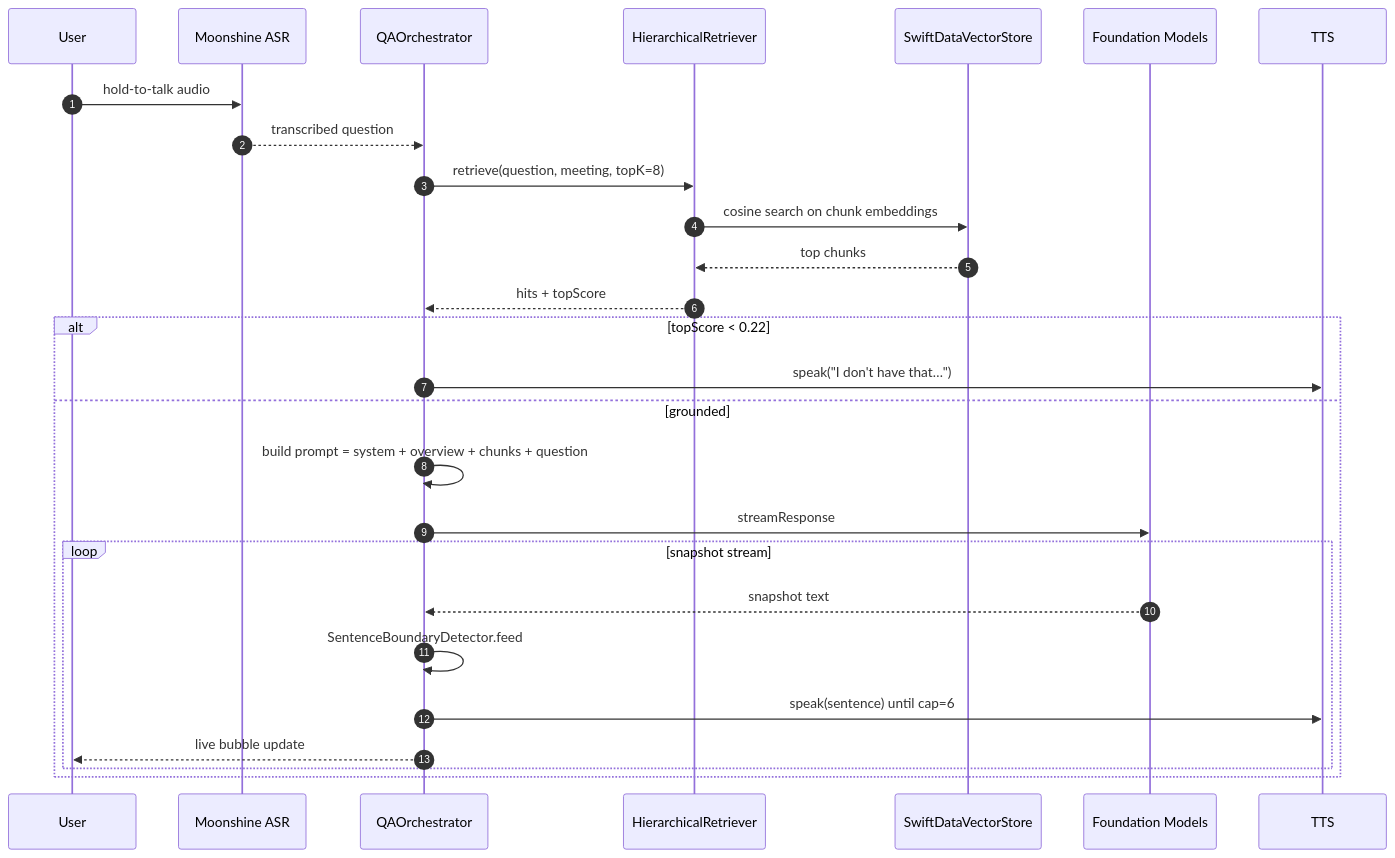
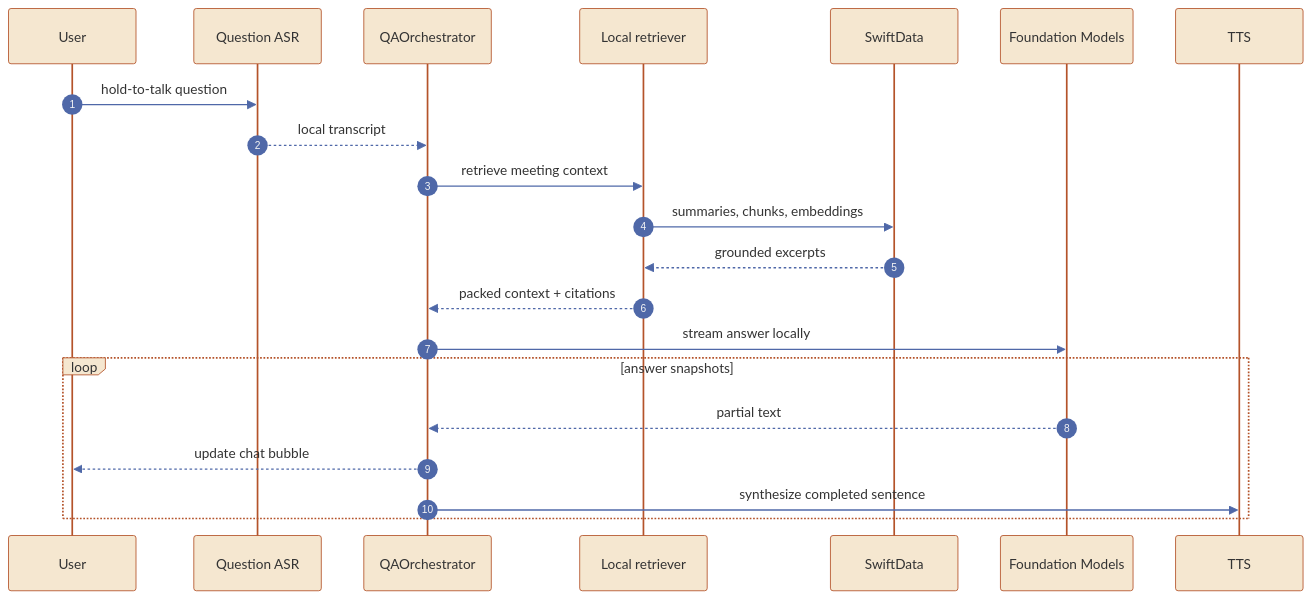
Before and after one commit to theaayushstha1/aftertalk: the second of 4 diagrams in README.md, drawn with Mermaid. The commit also changed other lines of this file and 10 other files, not shown here.

````diff
--- a/README.md
+++ b/README.md
@@ -50,30 +74,25 @@
 ```mermaid
+%%{init: {'theme': 'base', 'themeVariables': {'actorBkg': '#F5E7D0', 'actorBorder': '#B4532A', 'signalColor': '#4F68A8', 'activationBkgColor': '#E7F1EA', 'noteBkgColor': '#FFF4CC', 'fontFamily': 'Inter, ui-sans-serif, system-ui'}}}%%
 sequenceDiagram
     autonumber
     participant U as User
-    participant ASR as Moonshine ASR
+    participant ASR as Question ASR
     participant Q as QAOrchestrator
-    participant R as HierarchicalRetriever
-    participant S as SwiftDataVectorStore
-    participant L as Foundation Models
-    participant T as TTS
+    participant R as Local retriever
+    participant DB as SwiftData
+    participant LLM as Foundation Models
+    participant TTS as TTS
 
-    U->>ASR: hold-to-talk audio
-    ASR-->>Q: transcribed question
-    Q->>R: retrieve(question, meeting, topK=8)
-    R->>S: cosine search on chunk embeddings
-    S-->>R: top chunks
-    R-->>Q: hits + topScore
-    alt topScore < 0.22
-        Q->>T: speak("I don't have that…")
-    else grounded
-        Q->>Q: build prompt = system + overview + chunks + question
-        Q->>L: streamResponse
-        loop snapshot stream
-            L-->>Q: snapshot text
-            Q->>Q: SentenceBoundaryDetector.feed
-            Q->>T: speak(sentence) until cap=6
-            Q-->>U: live bubble update
-        end
+    U->>ASR: hold-to-talk question
+    ASR-->>Q: local transcript
+    Q->>R: retrieve meeting context
+    R->>DB: summaries, chunks, embeddings
+    DB-->>R: grounded excerpts
+    R-->>Q: packed context + citations
+    Q->>LLM: stream answer locally
+    loop answer snapshots
+        LLM-->>Q: partial text
+        Q-->>U: update chat bubble
+        Q->>TTS: synthesize completed sentence
     end
 ```
````
